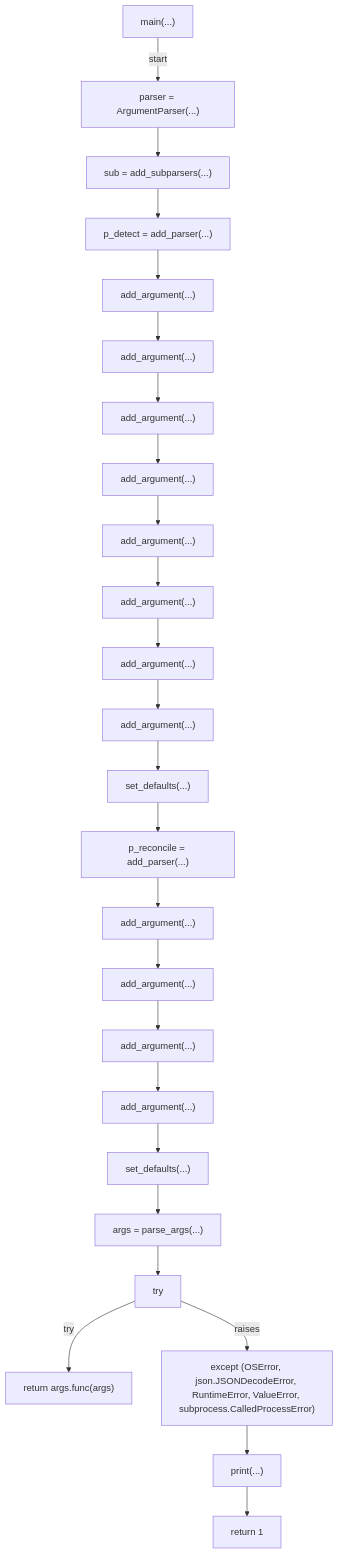
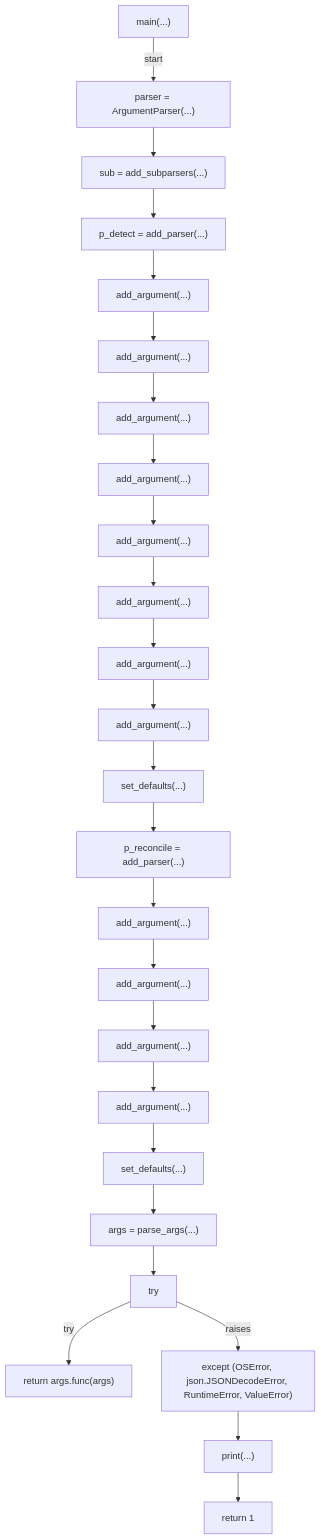
Before and after one commit to tvna/claude-md: diagram 35 of 38 in docs/generated/scripts/ast/ruleset_drift.md, drawn with Mermaid. The commit also changed other lines of this file and 15 other files, not shown here.

First line of the commit message:
docs(generated): regenerate decision tree and workflow diagrams

````diff
--- a/docs/generated/scripts/ast/ruleset_drift.md
+++ b/docs/generated/scripts/ast/ruleset_drift.md
@@ -558,52 +564,52 @@
 ```mermaid
 flowchart TD
     N001["main(...)"]
     N002["parser = ArgumentParser(...)"]
     N003["sub = add_subparsers(...)"]
     N004["p_detect = add_parser(...)"]
     N005["add_argument(...)"]
     N006["add_argument(...)"]
     N007["add_argument(...)"]
     N008["add_argument(...)"]
     N009["add_argument(...)"]
     N010["add_argument(...)"]
     N011["add_argument(...)"]
     N012["add_argument(...)"]
     N013["set_defaults(...)"]
     N014["p_reconcile = add_parser(...)"]
     N015["add_argument(...)"]
     N016["add_argument(...)"]
     N017["add_argument(...)"]
     N018["add_argument(...)"]
     N019["set_defaults(...)"]
     N020["args = parse_args(...)"]
     N021["try"]
     N022["return args.func(args)"]
-    N023["except (OSError, json.JSONDecodeError, RuntimeError, ValueError, subprocess.CalledProcessError)"]
+    N023["except (OSError, json.JSONDecodeError, RuntimeError, ValueError)"]
     N024["print(...)"]
     N025["return 1"]
     N001 -->|"start"| N002
     N002 --> N003
     N003 --> N004
     N004 --> N005
     N005 --> N006
     N006 --> N007
     N007 --> N008
     N008 --> N009
     N009 --> N010
     N010 --> N011
     N011 --> N012
     N012 --> N013
     N013 --> N014
     N014 --> N015
     N015 --> N016
     N016 --> N017
     N017 --> N018
     N018 --> N019
     N019 --> N020
     N020 --> N021
     N021 -->|"try"| N022
     N021 -->|"raises"| N023
     N023 --> N024
     N024 --> N025
 ```
````
